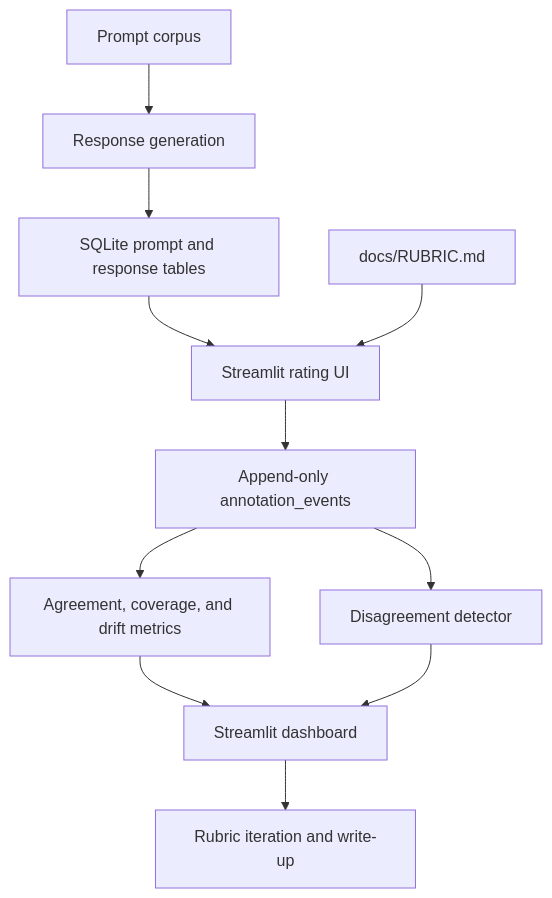
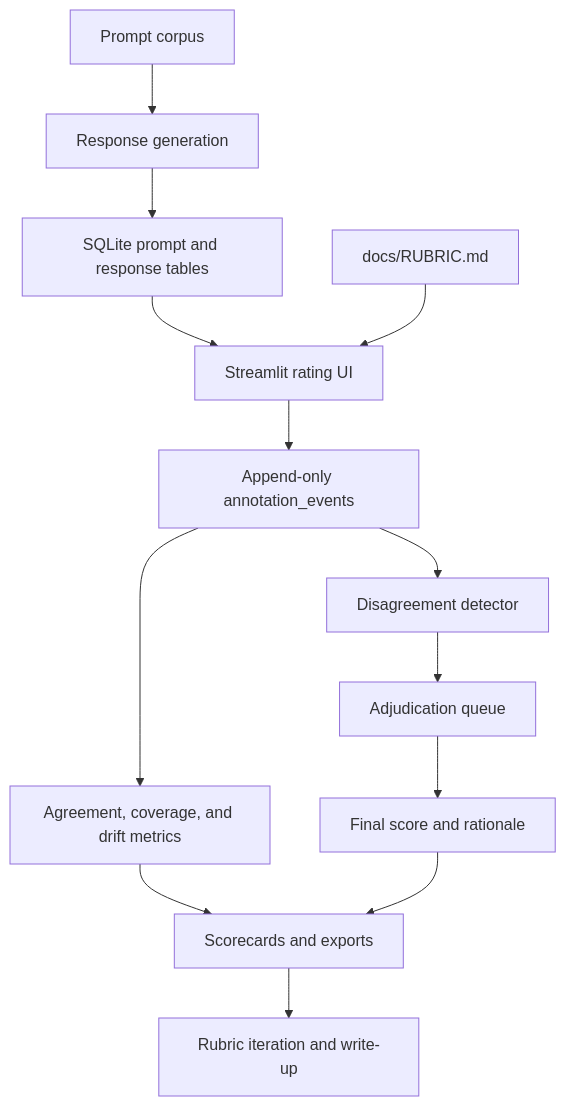
One commit to Ning-H/llm-eval-human-annotation-harness changed the diagram in README.md. Above: the diagram before and after it, drawn with Mermaid. The commit also changed other lines of this file and 16 other files, not shown here.

Commit message:
Add adjudication and quality operations dashboard

````diff
--- a/README.md
+++ b/README.md
@@ -18,13 +21,15 @@
 ```mermaid
 flowchart TD
     A["Prompt corpus"] --> B["Response generation"]
     B --> C["SQLite prompt and response tables"]
     C --> D["Streamlit rating UI"]
     E["docs/RUBRIC.md"] --> D
-    D --> F["Append-only annotation_events"]
-    F --> G["Agreement, coverage, and drift metrics"]
-    F --> H["Disagreement detector"]
-    G --> I["Streamlit dashboard"]
-    H --> I
-    I --> J["Rubric iteration and write-up"]
+D --> F["Append-only annotation_events"]
+F --> G["Agreement, coverage, and drift metrics"]
+F --> H["Disagreement detector"]
+H --> I["Adjudication queue"]
+I --> J["Final score and rationale"]
+G --> K["Scorecards and exports"]
+J --> K
+K --> L["Rubric iteration and write-up"]
 ```
````
